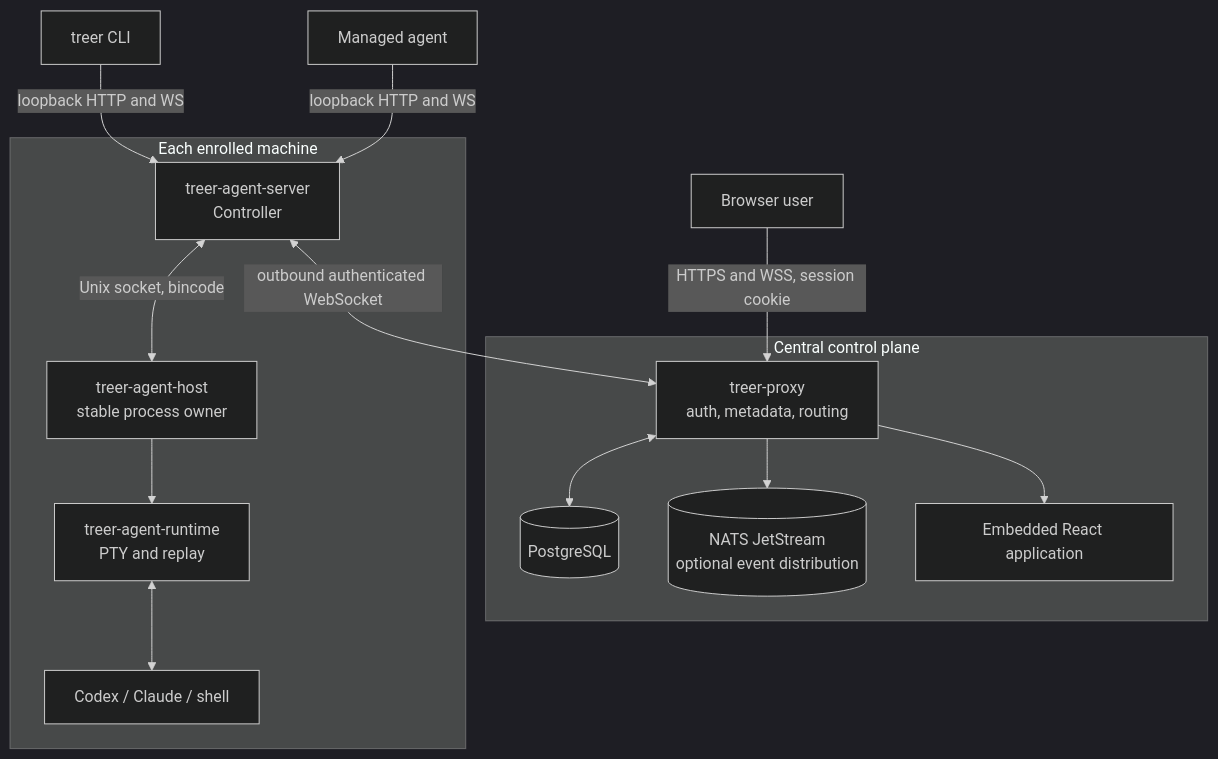
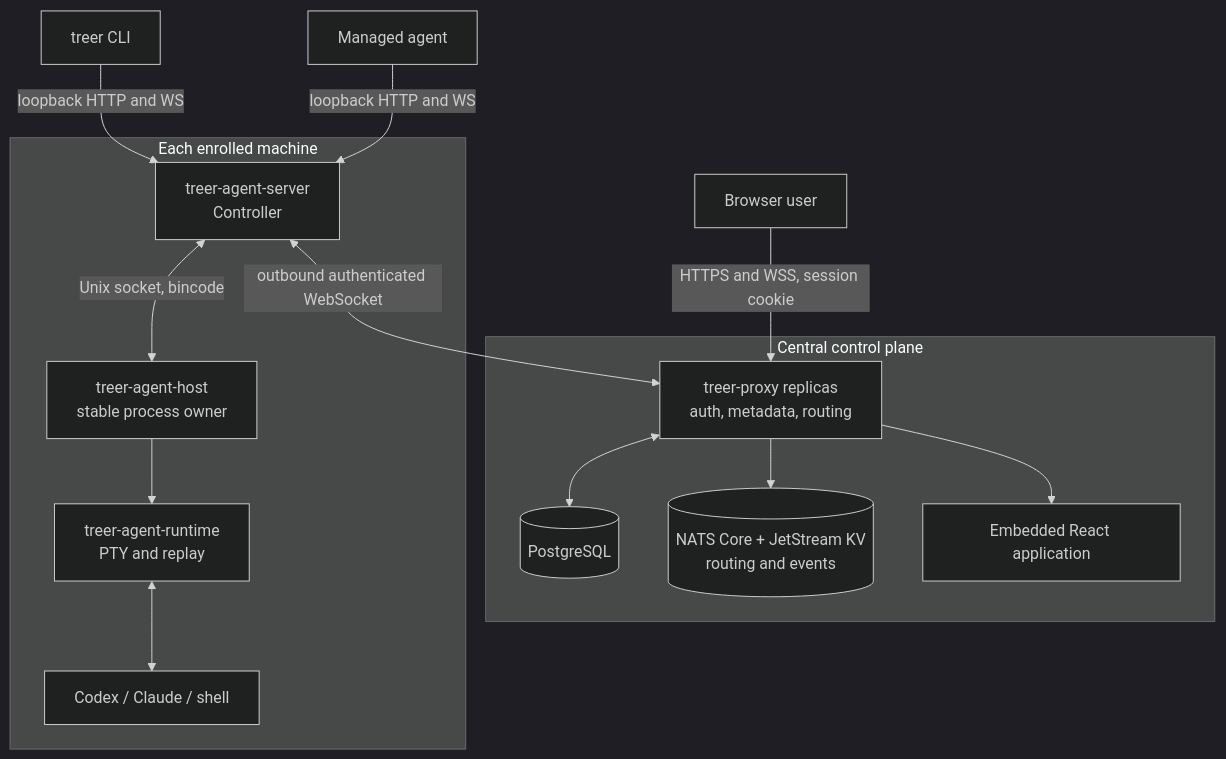
Before and after one commit to EvoEvolver/treer: the first of 2 diagrams in docs/architecture.md, drawn with Mermaid (dark theme). The commit also changed other lines of this file and 12 other files, not shown here.

Commit message:
feat: route proxy traffic across replicas

````diff
--- a/docs/architecture.md
+++ b/docs/architecture.md
@@ -12,28 +12,28 @@
 ```mermaid
 flowchart TB
     Browser[Browser user] -->|HTTPS and WSS, session cookie| Proxy
     CLI[treer CLI] -->|loopback HTTP and WS| Controller
     Agent[Managed agent] -->|loopback HTTP and WS| Controller
 
     subgraph Central[Central control plane]
-        Proxy["treer-proxy<br/>auth, metadata, routing"]
+        Proxy["treer-proxy replicas<br/>auth, metadata, routing"]
         DB[(PostgreSQL)]
-        NATS[(NATS JetStream<br/>optional event distribution)]
+        NATS[(NATS Core + JetStream KV<br/>routing and events)]
         Web[Embedded React application]
         Proxy <--> DB
         Proxy --> NATS
         Proxy --> Web
     end
 
     subgraph Machine[Each enrolled machine]
         Controller["treer-agent-server<br/>Controller"]
         Host["treer-agent-host<br/>stable process owner"]
         Runtime["treer-agent-runtime<br/>PTY and replay"]
         Processes[Codex / Claude / shell]
         Controller <-->|Unix socket, bincode| Host
         Host --> Runtime
         Runtime <--> Processes
     end
 
     Controller <-->|outbound authenticated WebSocket| Proxy
 ```
````
